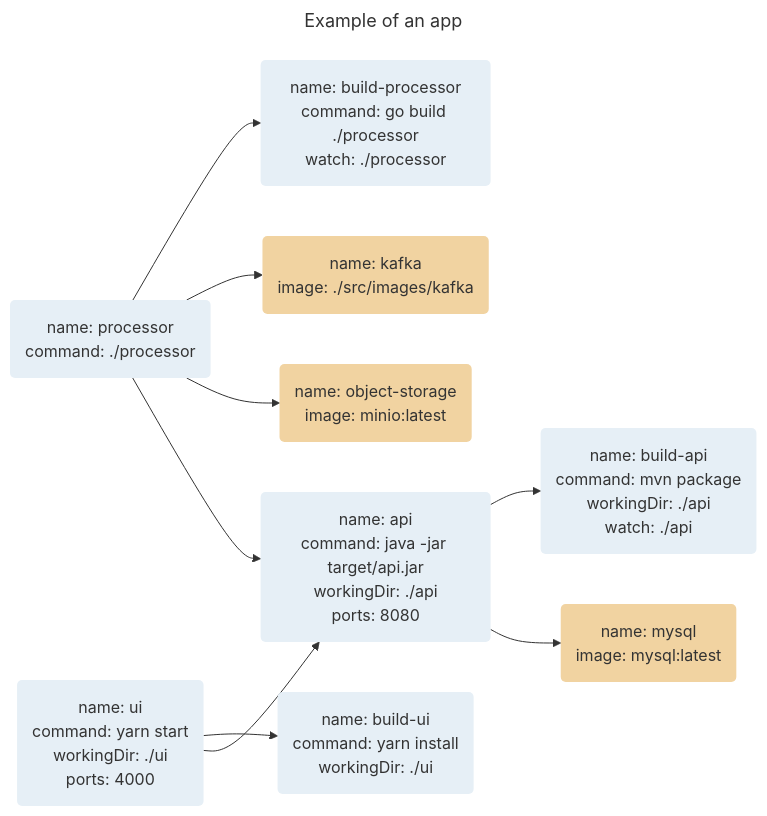
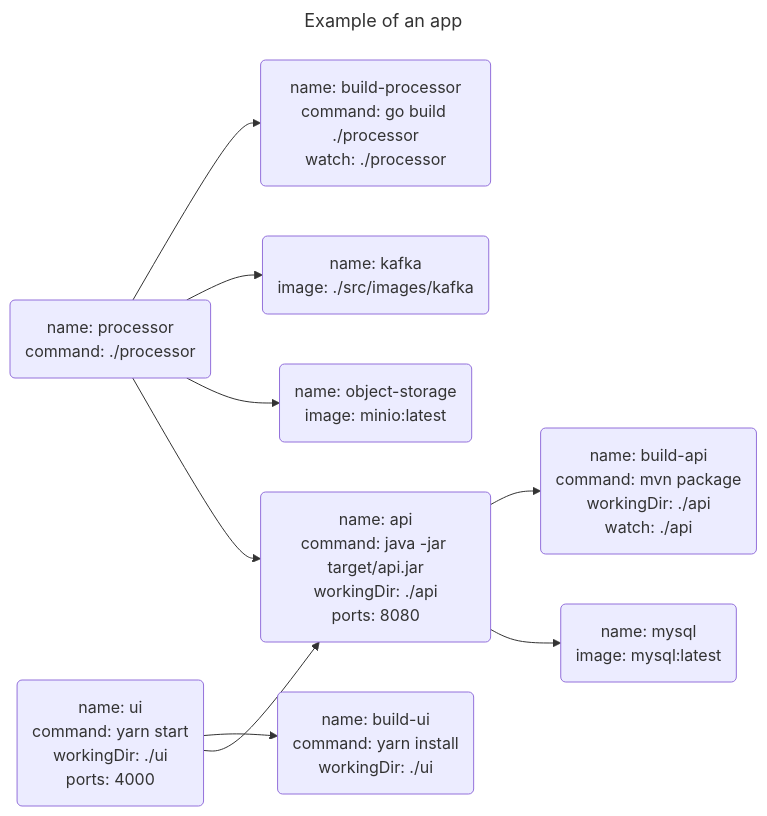
One commit to kitproj/kit changed the diagram in README.md. Above: the diagram before and after it, drawn with Mermaid.

````diff
--- a/README.md
+++ b/README.md
@@ -59,16 +59,14 @@
 ```mermaid
 ---
 title: Example of an app
 ---
 flowchart LR
-    classDef container fill:#f1d3a1,stroke-width:0
-    classDef host fill:#e6eff6,stroke-width:0
     api(name: api\ncommand: java -jar target/api.jar\nworkingDir: ./api\nports: 8080):::host --> build-api(name: build-api\ncommand: mvn package\nworkingDir: ./api\nwatch: ./api):::host
     api --> mysql(name: mysql\n image: mysql:latest):::container
     processor(name: processor\ncommand: ./processor):::host --> build-processor(name: build-processor\ncommand: go build ./processor\nwatch: ./processor):::host
     processor --> kafka(name: kafka\nimage: ./src/images/kafka):::container
     processor --> object-storage(name: object-storage\nimage: minio:latest):::container
     processor --> api
     ui(name: ui\ncommand: yarn start\nworkingDir: ./ui\nports: 4000):::host --> build-ui(name: build-ui\ncommand: yarn install\nworkingDir: ./ui):::host
     ui --> api
 ```
````
